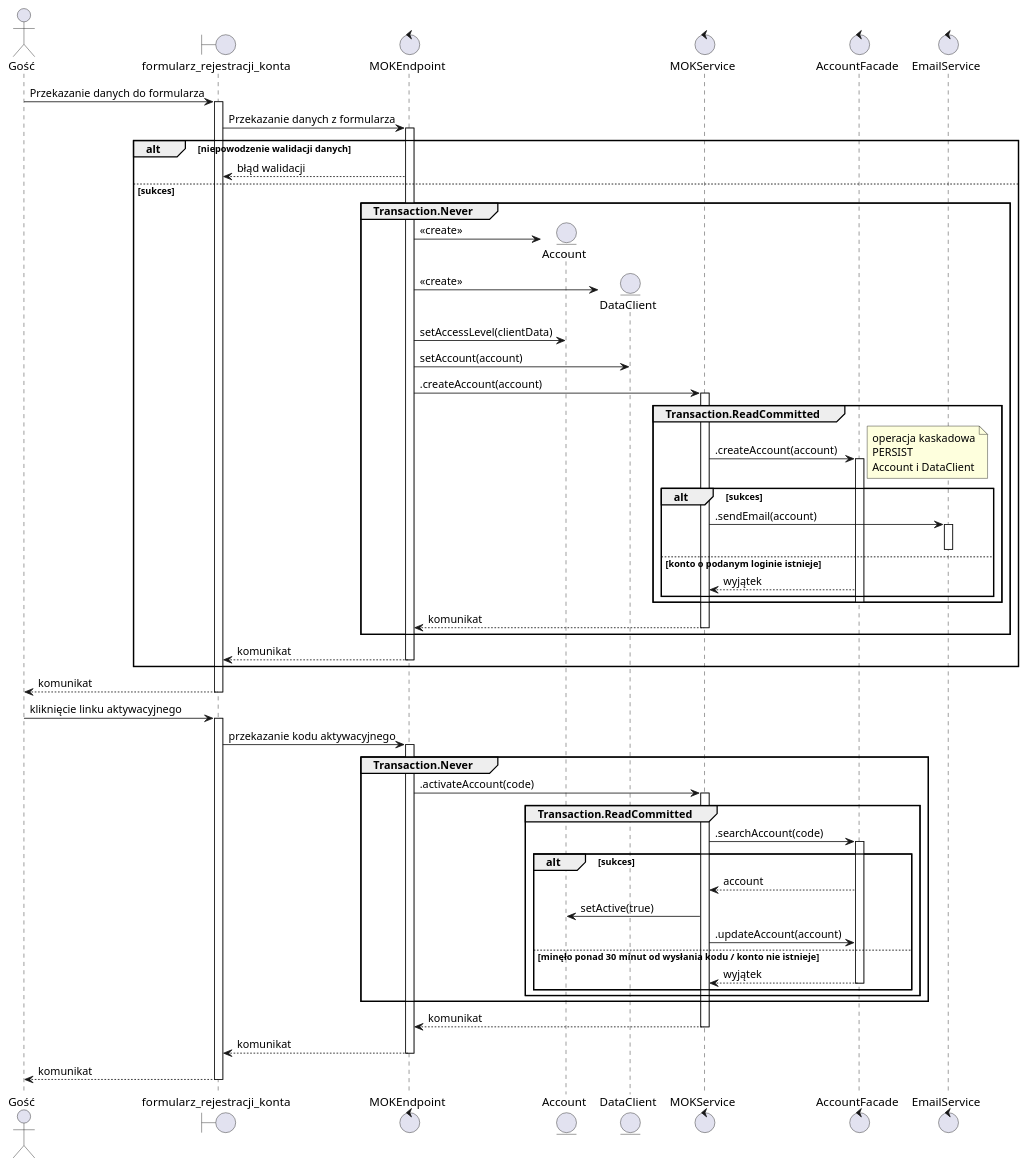
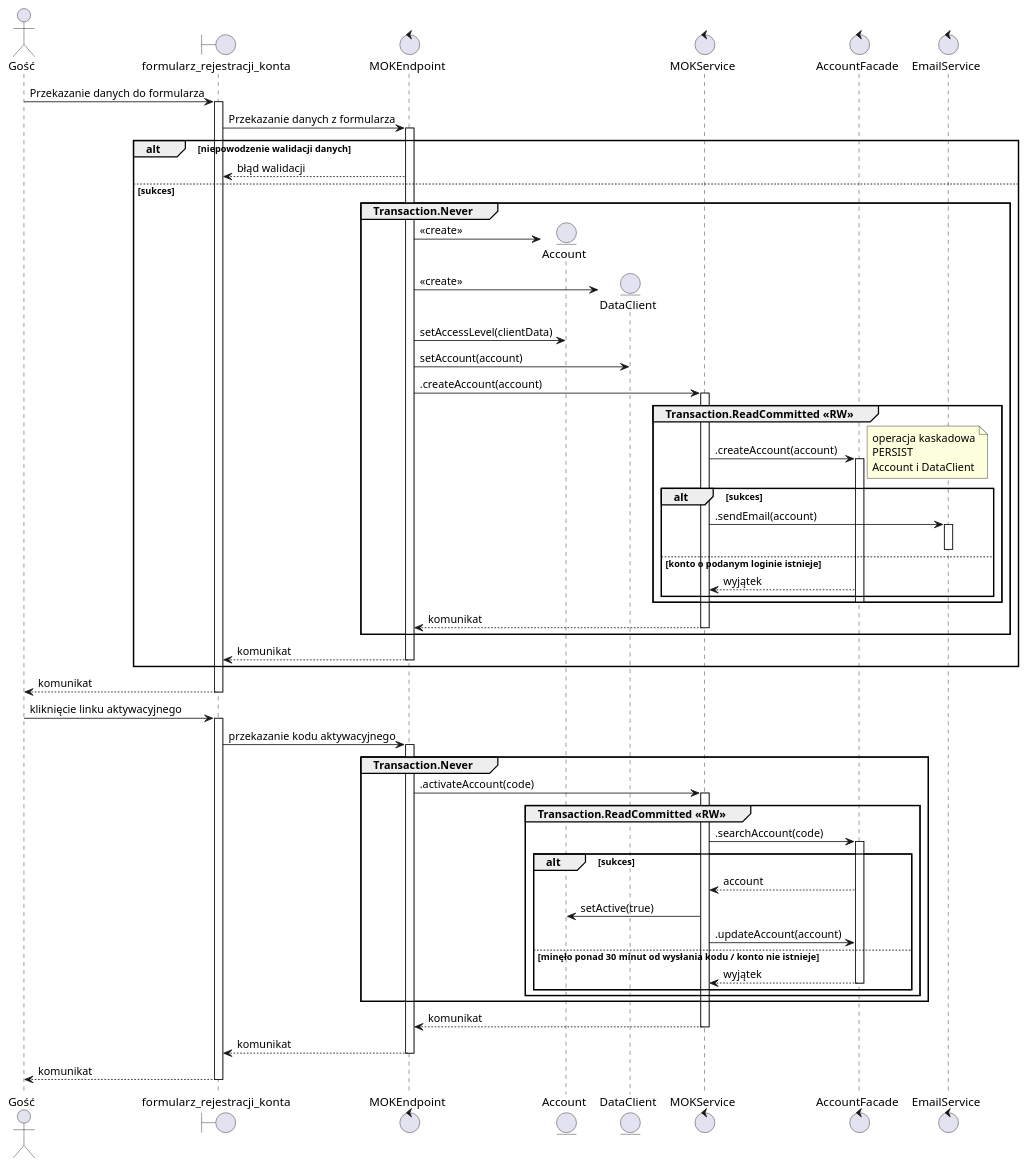
One commit to TheVivent-Politechnika-Lodzka/ssbd03_kic_uml changed the diagram in src/rozdział 7/mok1.puml. Above: the diagram before and after it, drawn with PlantUML.

Commit message:
dodanie RW/RO do mok1

```diff
--- a/src/rozdział 7/mok1.puml
+++ b/src/rozdział 7/mok1.puml
@@ -2,79 +2,79 @@
 @startuml MOK.1 - Zarejstruj
 
 
 actor Gość as guest
 boundary formularz_rejestracji_konta as gui
 control MOKEndpoint as endpoint
 entity Account as account
 entity DataClient as clientData
 control MOKService as service
 control AccountFacade as accFacade
 control EmailService as emailService
 
 guest -> gui ++ : Przekazanie danych do formularza
 gui -> endpoint ++ : Przekazanie danych z formularza
 
 alt niepowodzenie walidacji danych
     endpoint --> gui : błąd walidacji
 else sukces
     group Transaction.Never
 
         endpoint -> account **: <<create>>
         endpoint -> clientData **: <<create>>
         endpoint -> account : setAccessLevel(clientData)
         endpoint -> clientData: setAccount(account)
         endpoint -> service ++ : .createAccount(account)
 
-        group Transaction.ReadCommitted
+        group Transaction.ReadCommitted <<RW>>
             service -> accFacade ++: .createAccount(account)
             note right
                 operacja kaskadowa
                 PERSIST
                 Account i DataClient
             end note
 
             alt sukces
                 ' accFacade --> service : id
                 service -> emailService ++: .sendEmail(account)
                 deactivate
             else konto o podanym loginie istnieje
                 accFacade --> service : wyjątek
             end
 
             deactivate accFacade
             
         end
 
         return komunikat
 
     end
     
     return komunikat
 end
 
 return komunikat
 
 guest -> gui ++: kliknięcie linku aktywacyjnego
 gui -> endpoint ++: przekazanie kodu aktywacyjnego
 group Transaction.Never
     endpoint -> service ++: .activateAccount(code)
     
-    group Transaction.ReadCommitted
+    group Transaction.ReadCommitted <<RW>>
         service -> accFacade ++: .searchAccount(code)
 
         alt sukces
             accFacade --> service : account
             service -> account: setActive(true)
             service -> accFacade : .updateAccount(account)
         else minęło ponad 30 minut od wysłania kodu / konto nie istnieje
             accFacade --> service : wyjątek
             deactivate
         end
 
     end
 end
 return komunikat
 return komunikat
 return komunikat
 
 @enduml
```
